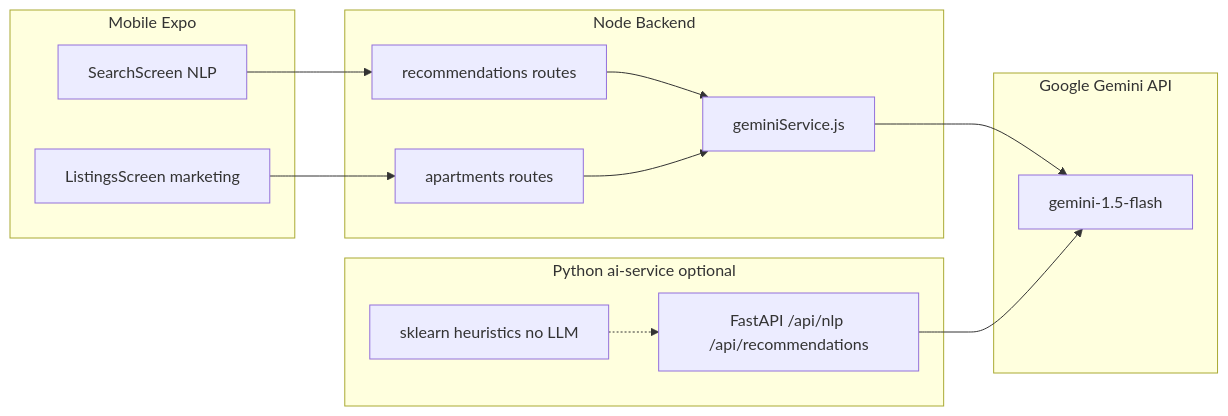
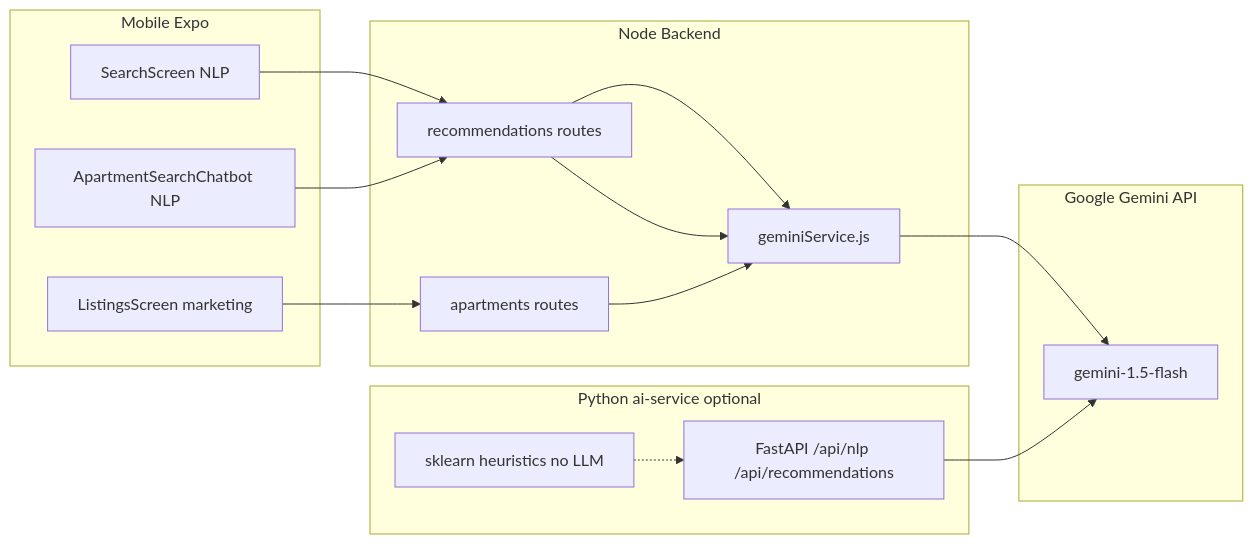
The diagram in Info/AI_Capabilities_Current_State.md (RanRam29/apartment), drawn with Mermaid before and after one commit. The commit also changed other lines of this file and 1 other file, not shown here.

Commit message:
docs: approve roadmap features; refresh AI capabilities state

````diff
--- a/Info/AI_Capabilities_Current_State.md
+++ b/Info/AI_Capabilities_Current_State.md
@@ -8,23 +8,25 @@
 ```mermaid
 flowchart LR
   subgraph mobile [Mobile Expo]
     Search[SearchScreen NLP]
+    Chatbot[ApartmentSearchChatbot NLP]
     Listings[ListingsScreen marketing]
   end
   subgraph backend [Node Backend]
     GeminiSvc[geminiService.js]
     Rec[recommendations routes]
     Apt[apartments routes]
   end
   subgraph llm [Google Gemini API]
     Flash[gemini-1.5-flash]
   end
   subgraph optional [Python ai-service optional]
     FastAPI[FastAPI /api/nlp /api/recommendations]
     Heuristics[sklearn heuristics no LLM]
   end
   Search --> Rec --> GeminiSvc --> Flash
+  Chatbot --> Rec --> GeminiSvc
   Listings --> Apt --> GeminiSvc
   FastAPI --> Flash
   Heuristics -.-> FastAPI
 ```
````
